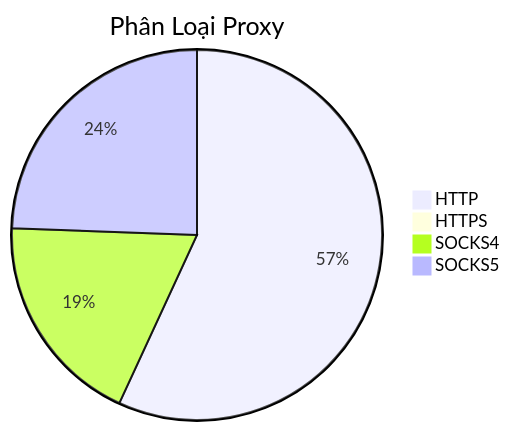
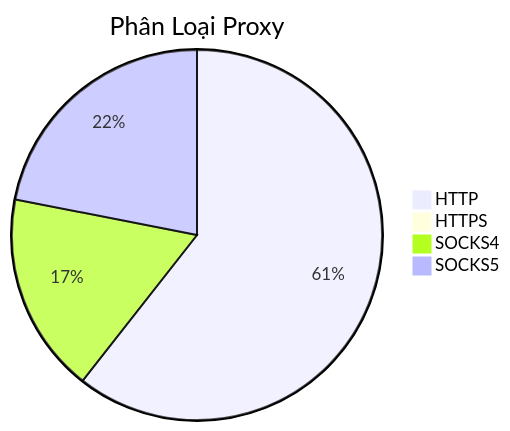
One commit to Ciara-12/PROXY-free changed the diagram in README.md. Above: the diagram before and after it, drawn with Mermaid. The commit also changed other lines of this file and 4 other files, not shown here.

````diff
--- a/README.md
+++ b/README.md
@@ -26,7 +26,7 @@
 ```mermaid
 pie title Phân Loại Proxy
-    "HTTP" : 822
+    "HTTP" : 984
     "HTTPS" : 1
-    "SOCKS4" : 270
-    "SOCKS5" : 353
+    "SOCKS4" : 284
+    "SOCKS5" : 356
 ```
````
